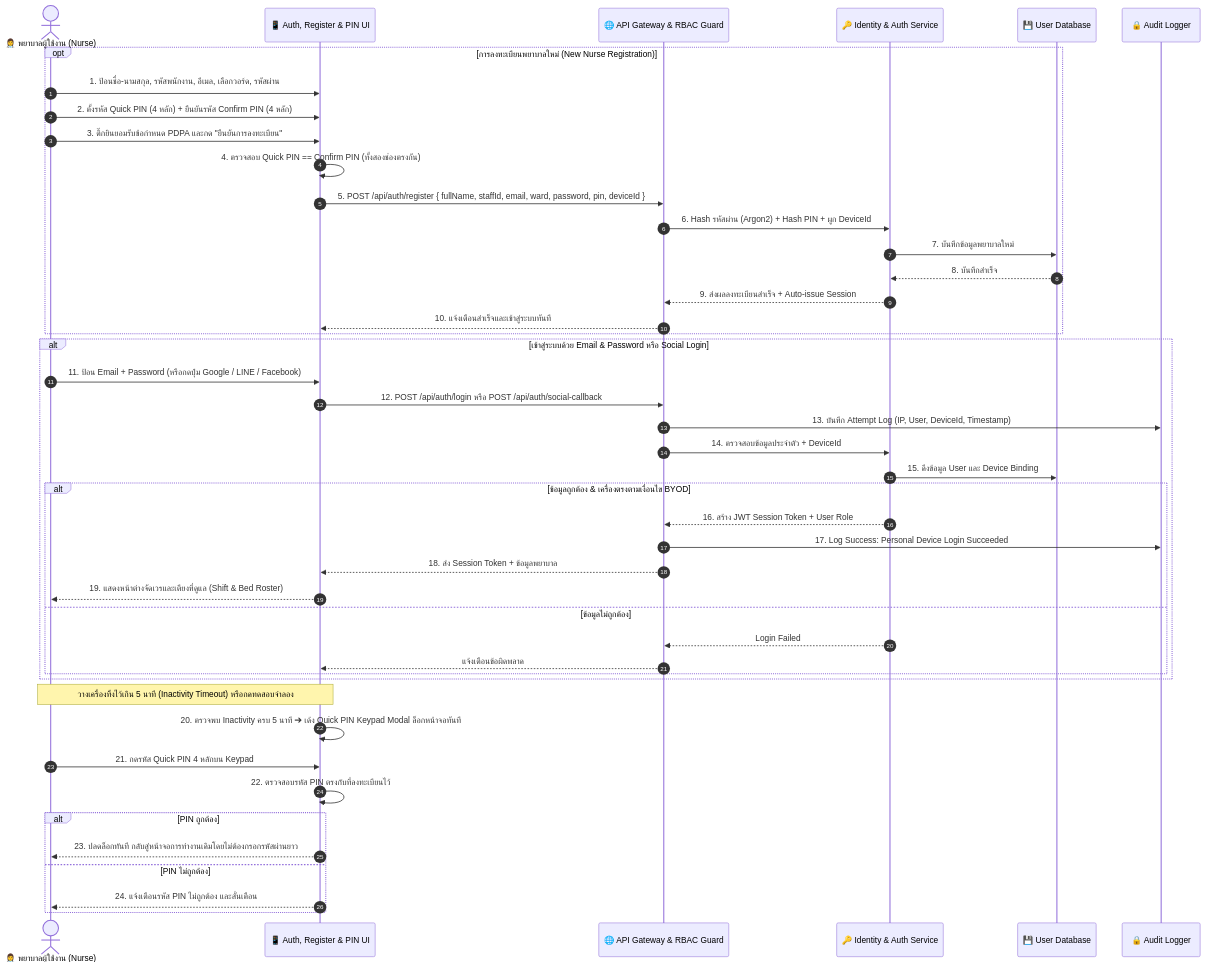
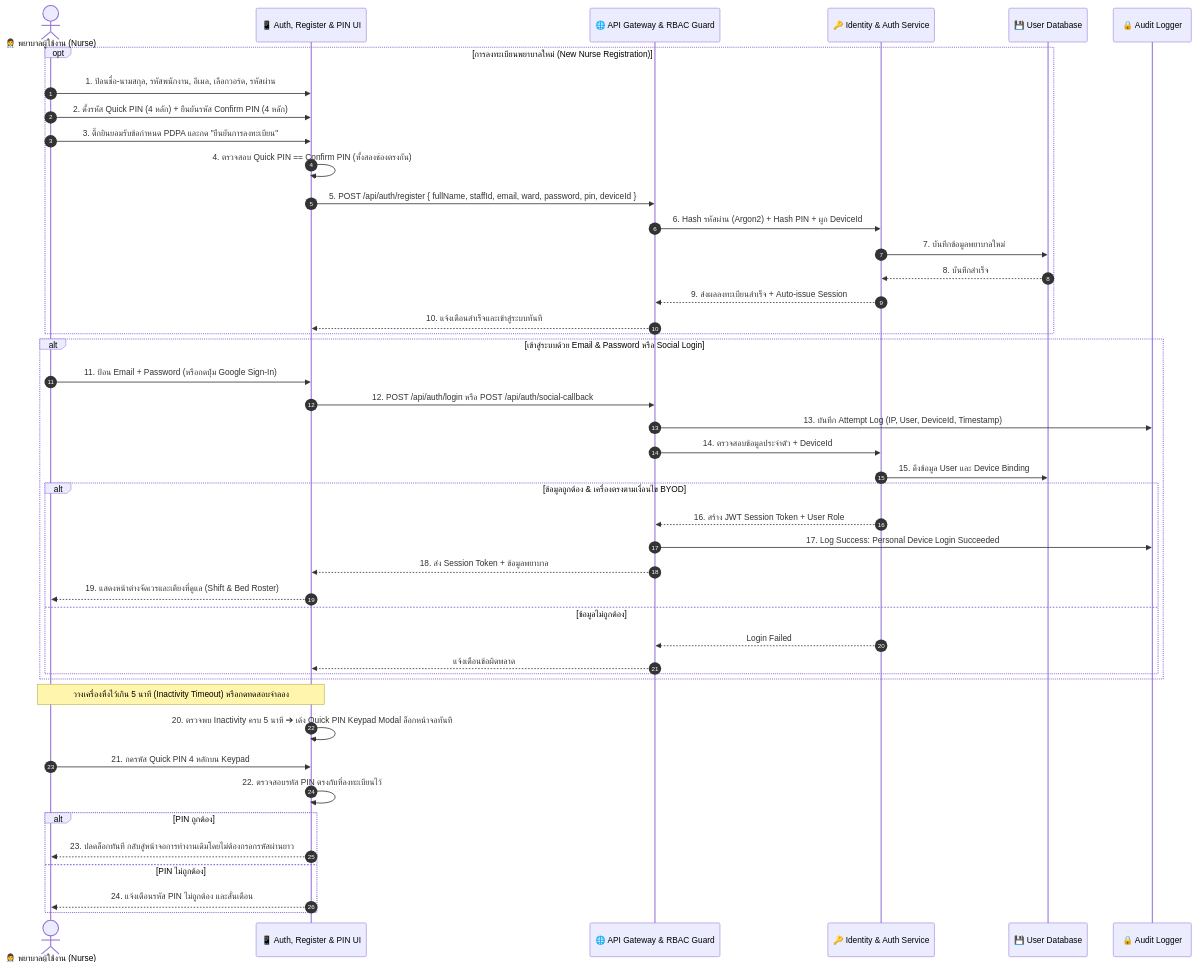
Before and after one commit to superxsiwa/the-note-nurse: the first of 4 diagrams in documents/SEQUENCE_DIAGRAM.md, drawn with Mermaid. The commit also changed 4 other files, not shown here.

Commit message:
refactor: remove Facebook and LINE login and update documentation

````diff
--- a/documents/SEQUENCE_DIAGRAM.md
+++ b/documents/SEQUENCE_DIAGRAM.md
@@ -14,53 +14,53 @@
 ```mermaid
 sequenceDiagram
     autonumber
     actor Nurse as 👩‍⚕️ พยาบาลผู้ใช้งาน (Nurse)
     participant UI as 📱 Auth, Register & PIN UI
     participant Gateway as 🌐 API Gateway & RBAC Guard
     participant AuthSvc as 🔑 Identity & Auth Service
     participant UserDB as 💾 User Database
     participant Audit as 🔒 Audit Logger
 
     %% Part 1: Registration with Confirm Quick PIN
     opt การลงทะเบียนพยาบาลใหม่ (New Nurse Registration)
         Nurse->>UI: 1. ป้อนชื่อ-นามสกุล, รหัสพนักงาน, อีเมล, เลือกวอร์ด, รหัสผ่าน
         Nurse->>UI: 2. ตั้งรหัส Quick PIN (4 หลัก) + ยืนยันรหัส Confirm PIN (4 หลัก)
         Nurse->>UI: 3. ติ๊กยินยอมรับข้อกำหนด PDPA และกด "ยืนยันการลงทะเบียน"
         UI->>UI: 4. ตรวจสอบ Quick PIN == Confirm PIN (ทั้งสองช่องตรงกัน)
         UI->>Gateway: 5. POST /api/auth/register { fullName, staffId, email, ward, password, pin, deviceId }
         Gateway->>AuthSvc: 6. Hash รหัสผ่าน (Argon2) + Hash PIN + ผูก DeviceId
         AuthSvc->>UserDB: 7. บันทึกข้อมูลพยาบาลใหม่
         UserDB-->>AuthSvc: 8. บันทึกสำเร็จ
         AuthSvc-->>Gateway: 9. ส่งผลลงทะเบียนสำเร็จ + Auto-issue Session
         Gateway-->>UI: 10. แจ้งเตือนสำเร็จและเข้าสู่ระบบทันที
     end
 
     %% Part 2: Standard Login or Social Login
     alt เข้าสู่ระบบด้วย Email & Password หรือ Social Login
-        Nurse->>UI: 11. ป้อน Email + Password (หรือกดปุ่ม Google / LINE / Facebook)
+        Nurse->>UI: 11. ป้อน Email + Password (หรือกดปุ่ม Google Sign-In)
         UI->>Gateway: 12. POST /api/auth/login หรือ POST /api/auth/social-callback
         Gateway->>Audit: 13. บันทึก Attempt Log (IP, User, DeviceId, Timestamp)
         Gateway->>AuthSvc: 14. ตรวจสอบข้อมูลประจำตัว + DeviceId
         AuthSvc->>UserDB: 15. ดึงข้อมูล User และ Device Binding
         alt ข้อมูลถูกต้อง & เครื่องตรงตามเงื่อนไข BYOD
             AuthSvc-->>Gateway: 16. สร้าง JWT Session Token + User Role
             Gateway->>Audit: 17. Log Success: Personal Device Login Succeeded
             Gateway-->>UI: 18. ส่ง Session Token + ข้อมูลพยาบาล
             UI-->>Nurse: 19. แสดงหน้าต่างจัดเวรและเตียงที่ดูแล (Shift & Bed Roster)
         else ข้อมูลไม่ถูกต้อง
             AuthSvc-->>Gateway: Login Failed
             Gateway-->>UI: แจ้งเตือนข้อผิดพลาด
         end
     end
 
     %% Part 3: 5-Minute Inactivity Auto-Lock & Quick PIN Unlock
     Note over Nurse, UI: วางเครื่องทิ้งไว้เกิน 5 นาที (Inactivity Timeout) หรือกดทดสอบจำลอง
     UI->>UI: 20. ตรวจพบ Inactivity ครบ 5 นาที ➔ เด้ง Quick PIN Keypad Modal ล็อกหน้าจอทันที
     Nurse->>UI: 21. กดรหัส Quick PIN 4 หลักบน Keypad
     UI->>UI: 22. ตรวจสอบรหัส PIN ตรงกับที่ลงทะเบียนไว้
     alt PIN ถูกต้อง
         UI-->>Nurse: 23. ปลดล็อกทันที กลับสู่หน้าจอการทำงานเดิมโดยไม่ต้องกรอกรหัสผ่านยาว
     else PIN ไม่ถูกต้อง
         UI-->>Nurse: 24. แจ้งเตือนรหัส PIN ไม่ถูกต้อง และสั่นเตือน
     end
 ```
````
